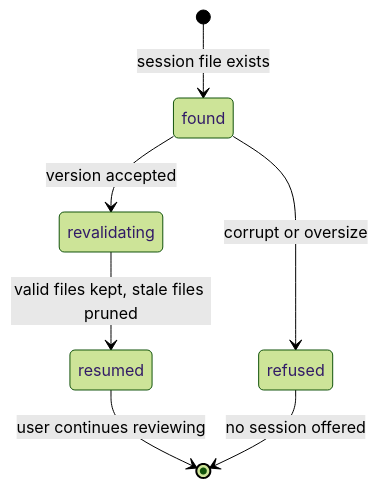
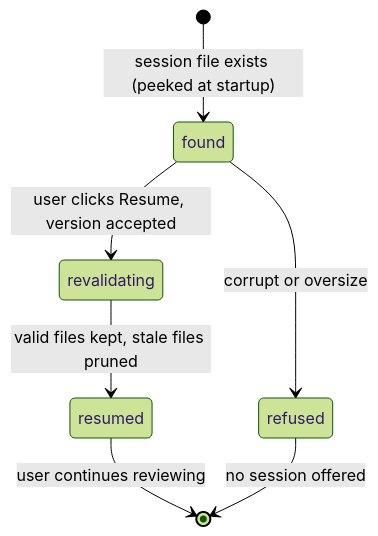
The diagram in docs/product-description/foundations/review-session.md (sethsaler/dedupe), drawn with Mermaid (forest theme) before and after one commit. The commit also changed other lines of this file and 14 other files, not shown here.

````diff
--- a/docs/product-description/foundations/review-session.md
+++ b/docs/product-description/foundations/review-session.md
@@ -17,9 +17,9 @@
 ```mermaid
 stateDiagram-v2
-    [*] --> found : session file exists
-    found --> revalidating : version accepted
+    [*] --> found : session file exists (peeked at startup)
+    found --> revalidating : user clicks Resume, version accepted
     revalidating --> resumed : valid files kept, stale files pruned
     resumed --> [*] : user continues reviewing
     found --> refused : corrupt or oversize
     refused --> [*] : no session offered
 ```
````
